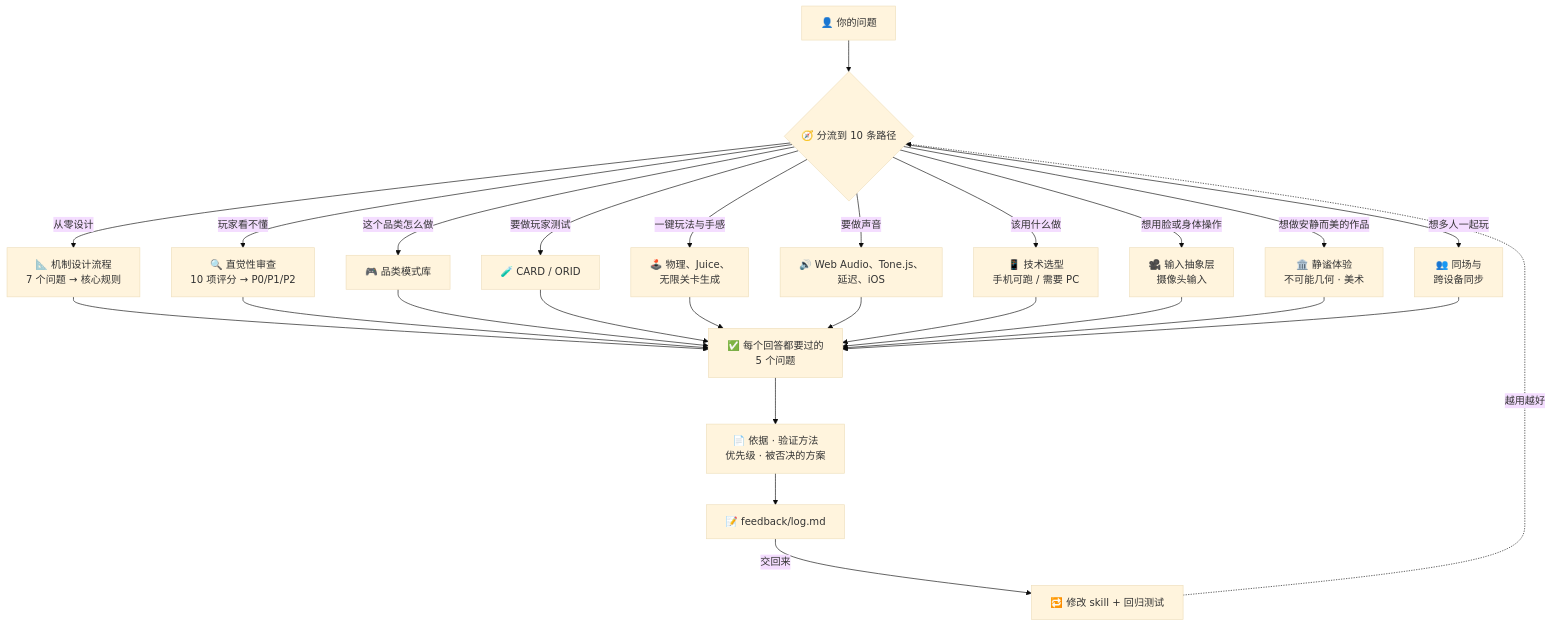
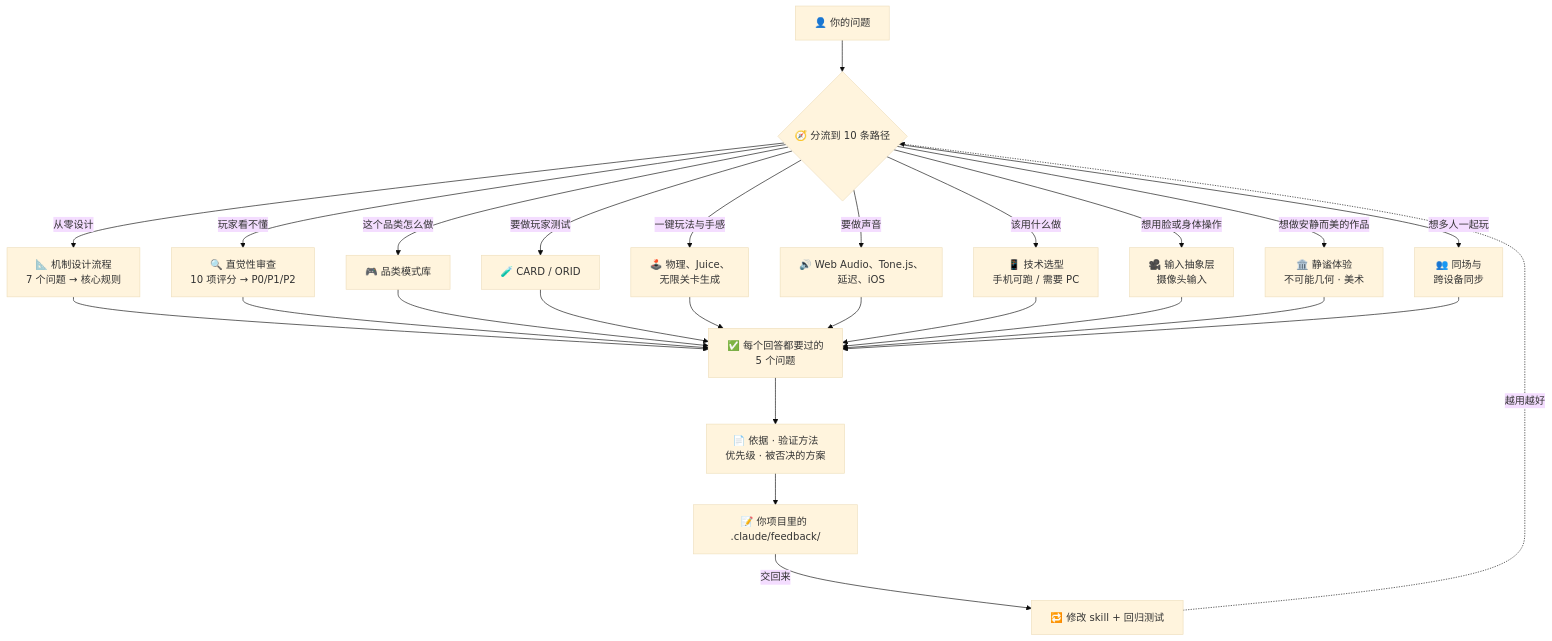
Before and after one commit to takaoumehara/intuitive-game-design-skill: the diagram in README.zh-CN.md, drawn with Mermaid (base theme). The commit also changed other lines of this file and 45 other files, not shown here.

````diff
--- a/README.zh-CN.md
+++ b/README.zh-CN.md
@@ -24,21 +27,21 @@
 ```mermaid
 flowchart TD
     U["👤 你的问题"] --> R{"🧭 分流到 10 条路径"}
 
     R -->|"从零设计"| A["📐 机制设计流程<br/>7 个问题 → 核心规则"]
     R -->|"玩家看不懂"| B["🔍 直觉性审查<br/>10 项评分 → P0/P1/P2"]
     R -->|"这个品类怎么做"| C["🎮 品类模式库"]
     R -->|"要做玩家测试"| D["🧪 CARD / ORID"]
     R -->|"一键玩法与手感"| E["🕹️ 物理、Juice、<br/>无限关卡生成"]
     R -->|"要做声音"| F["🔊 Web Audio、Tone.js、<br/>延迟、iOS"]
     R -->|"该用什么做"| G["📱 技术选型<br/>手机可跑 / 需要 PC"]
     R -->|"想用脸或身体操作"| H["🎥 输入抽象层<br/>摄像头输入"]
     R -->|"想做安静而美的作品"| I["🏛️ 静谧体验<br/>不可能几何 · 美术"]
     R -->|"想多人一起玩"| J["👥 同场与<br/>跨设备同步"]
 
     A & B & C & D & E & F & G & H & I & J --> Q["✅ 每个回答都要过的<br/>5 个问题"]
     Q --> O["📄 依据 · 验证方法<br/>优先级 · 被否决的方案"]
-    O --> L["📝 feedback/log.md"]
+    O --> L["📝 你项目里的 .claude/feedback/"]
     L -->|"交回来"| FIX["🔁 修改 skill + 回归测试"]
     FIX -.->|"越用越好"| R
 ```
````
